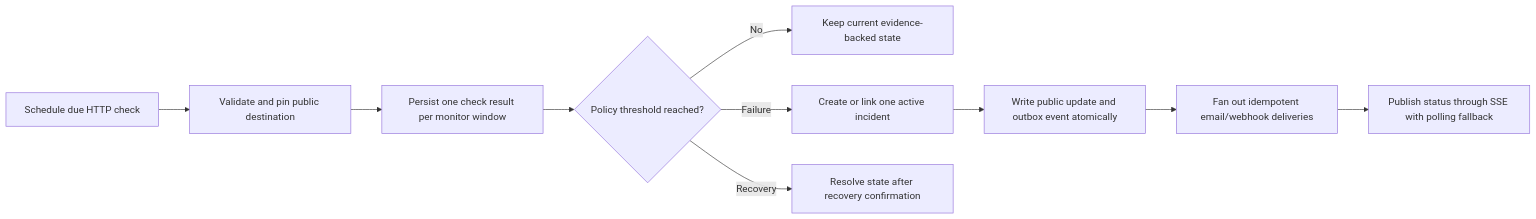
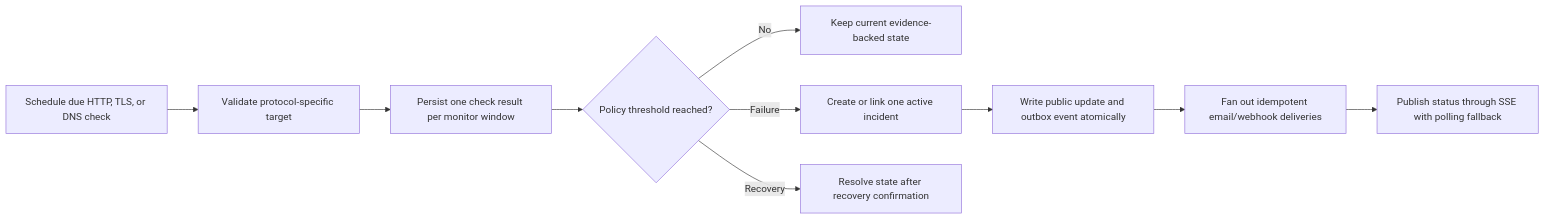
The first of 2 diagrams in README.md (neevj2006/DevRelay), drawn with Mermaid before and after one commit. The commit also changed other lines of this file and 11 other files, not shown here.

````diff
--- a/README.md
+++ b/README.md
@@ -11,12 +11,12 @@
 ```mermaid
 flowchart LR
-  A["Schedule due HTTP check"] --> B["Validate and pin public destination"]
+  A["Schedule due HTTP, TLS, or DNS check"] --> B["Validate protocol-specific target"]
   B --> C["Persist one check result per monitor window"]
   C --> D{"Policy threshold reached?"}
   D -- "No" --> E["Keep current evidence-backed state"]
   D -- "Failure" --> F["Create or link one active incident"]
   D -- "Recovery" --> G["Resolve state after recovery confirmation"]
   F --> H["Write public update and outbox event atomically"]
   H --> I["Fan out idempotent email/webhook deliveries"]
   I --> J["Publish status through SSE with polling fallback"]
 ```
````
